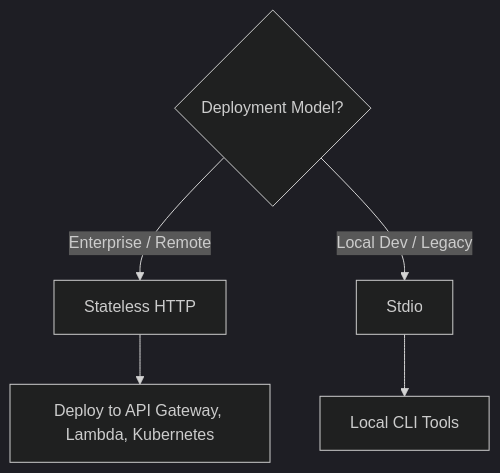
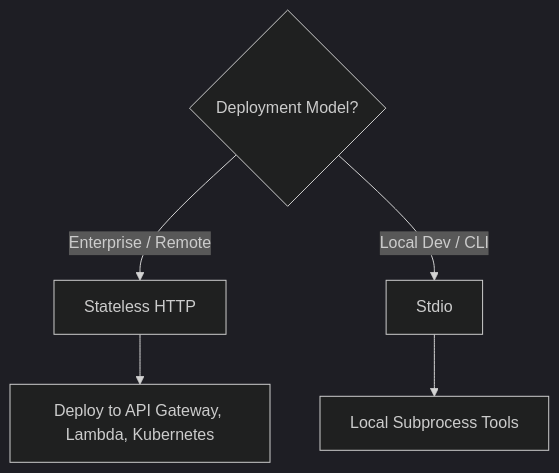
Before and after one commit to imagarg01/LearningStuff: the fifth of 5 diagrams in docs/AI/MCP/03_transports.md, drawn with Mermaid (dark theme). The commit also changed other lines of this file and 29 other files, not shown here.

````diff
--- a/docs/AI/MCP/03_transports.md
+++ b/docs/AI/MCP/03_transports.md
@@ -189,9 +241,9 @@
 ```mermaid
 graph TD
     A{Deployment Model?}
     A -->|Enterprise / Remote| B[Stateless HTTP]
-    A -->|Local Dev / Legacy| C[Stdio]
+    A -->|Local Dev / CLI| C[Stdio]
     
     B --> D[Deploy to API Gateway, Lambda, Kubernetes]
-    C --> E[Local CLI Tools]
+    C --> E[Local Subprocess Tools]
 ```
````
